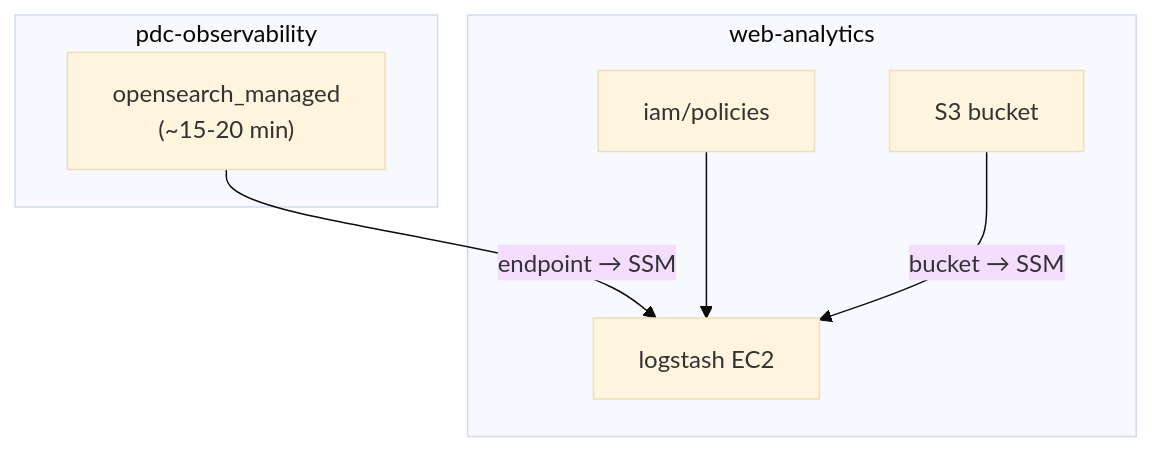
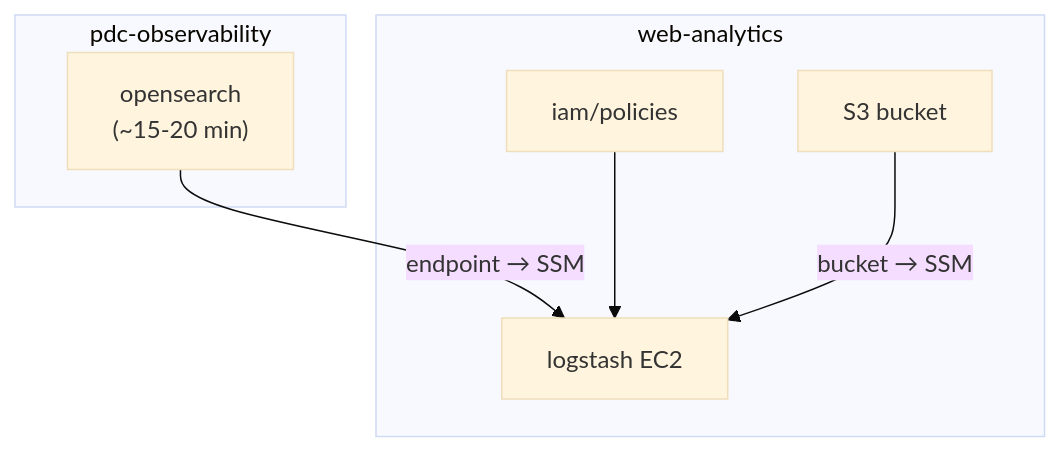
The second of 2 diagrams in terraform/README.md (NASA-PDS/o11y-platform), drawn with Mermaid (base theme) before and after one commit. The commit also changed other lines of this file and 15 other files, not shown here.

First line of the commit message:
rename opensearch_managed → opensearch; publish ARN to SSM

````diff
--- a/terraform/README.md
+++ b/terraform/README.md
@@ -49,16 +49,16 @@
 ```mermaid
 flowchart TD
     subgraph here["pdc-observability"]
-        OS["opensearch_managed\n(~15-20 min)"]
+        OS["opensearch\n(~15-20 min)"]
     end
 
     subgraph wa["web-analytics"]
         IAM["iam/policies"]
         S3["S3 bucket"]
         LS["logstash EC2"]
     end
 
     OS -->|"endpoint → SSM"| LS
     IAM --> LS
     S3 -->|"bucket → SSM"| LS
 ```
````
